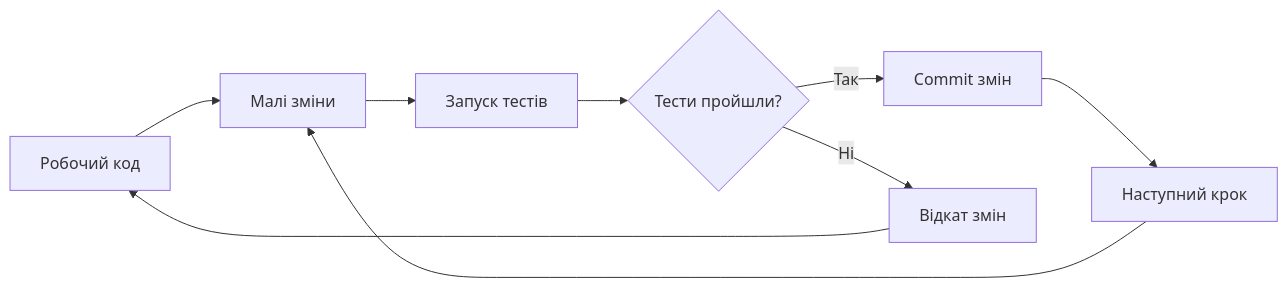
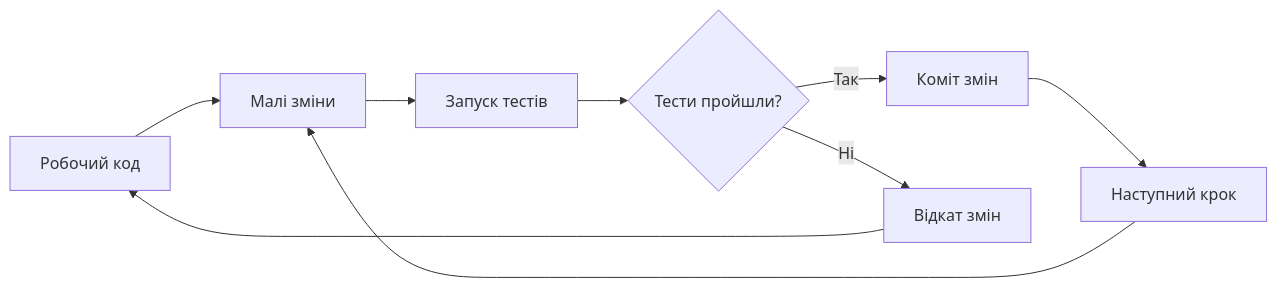
Before and after one commit to olroi421/course-opi-v2: the second of 2 diagrams in lectures/lecture-15.md, drawn with Mermaid. The commit also changed other lines of this file and 9 other files, not shown here.

````diff
--- a/lectures/lecture-15.md
+++ b/lectures/lecture-15.md
@@ -418,11 +456,11 @@
 ```mermaid
 graph LR
     A[Робочий код] --> B[Малі зміни]
     B --> C[Запуск тестів]
     C --> D{Тести пройшли?}
-    D -->|Так| E[Commit змін]
+    D -->|Так| E[Коміт змін]
     D -->|Ні| F[Відкат змін]
     E --> G[Наступний крок]
     F --> A
     G --> B
 ```
````
